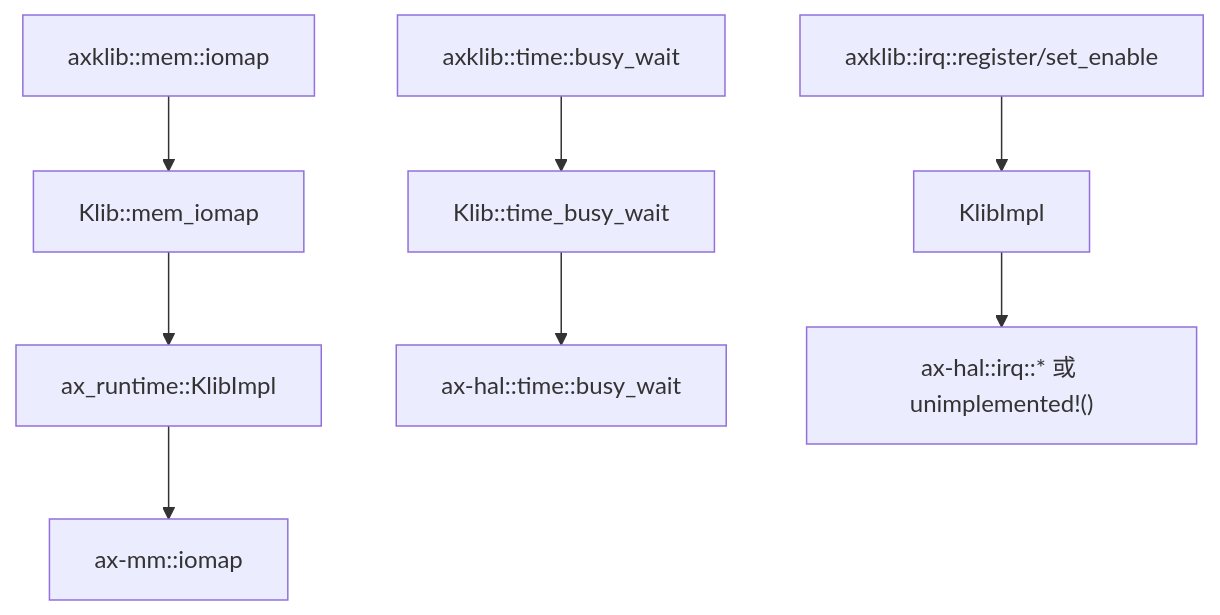
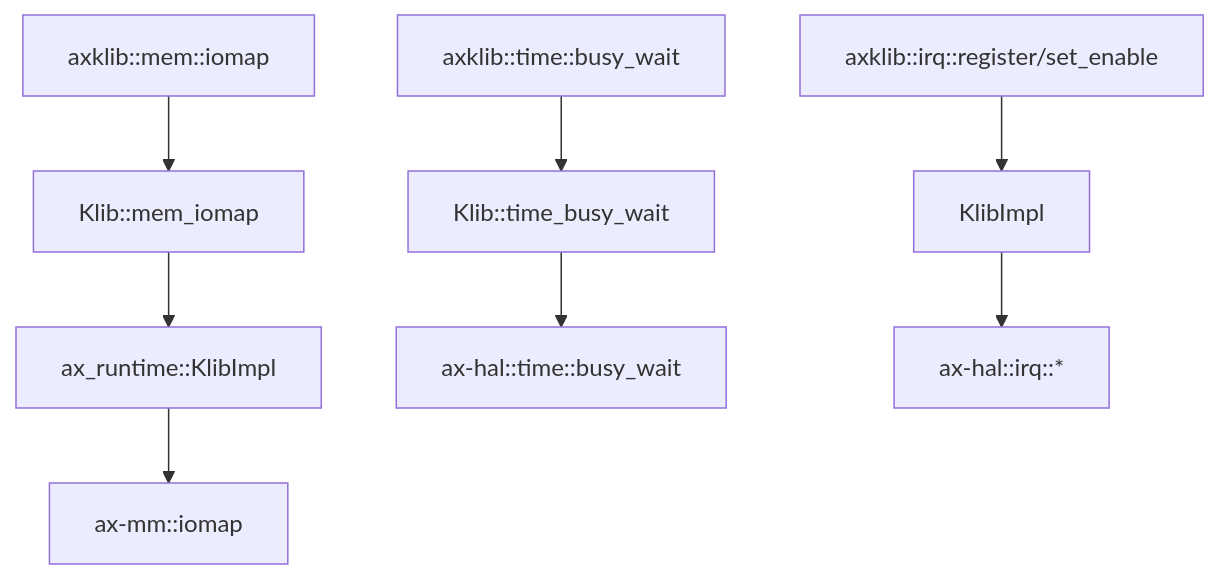
The first of 2 diagrams in docs/docs/components/crates/axklib.md (rcore-os/tgoskits), drawn with Mermaid before and after one commit. The commit also changed other lines of this file and 70 other files, not shown here.

````diff
--- a/docs/docs/components/crates/axklib.md
+++ b/docs/docs/components/crates/axklib.md
@@ -49,12 +49,12 @@
 ```mermaid
 flowchart TD
     A["axklib::mem::iomap"] --> B["Klib::mem_iomap"]
     B --> C["ax_runtime::KlibImpl"]
     C --> D["ax-mm::iomap"]
 
     E["axklib::time::busy_wait"] --> F["Klib::time_busy_wait"]
     F --> G["ax-hal::time::busy_wait"]
 
     H["axklib::irq::register/set_enable"] --> I["KlibImpl"]
-    I --> J["ax-hal::irq::* 或 unimplemented!()"]
+    I --> J["ax-hal::irq::*"]
 ```
````
